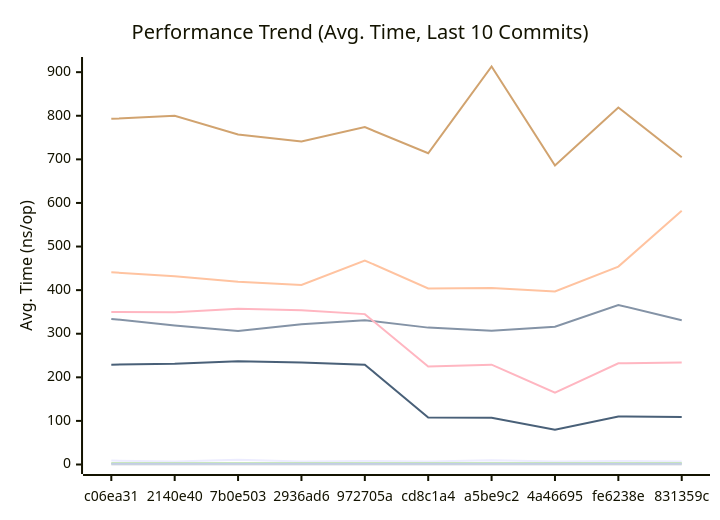
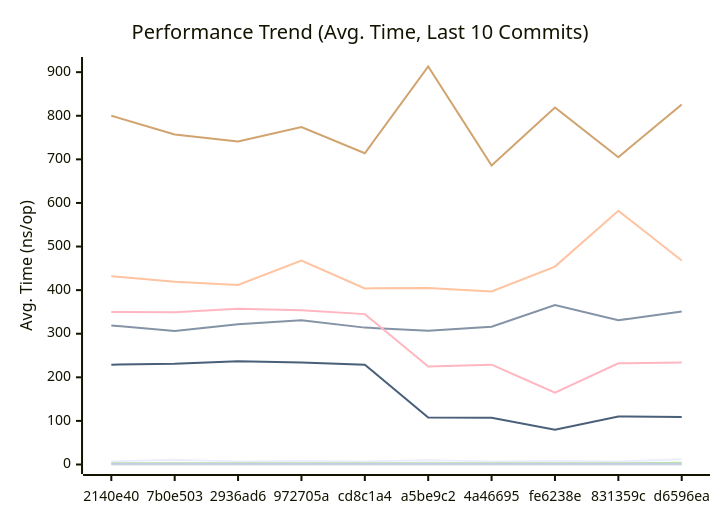
Before and after one commit to alsotoes/momo: the first of 3 diagrams in docs/PERFORMANCE.md, drawn with Mermaid. The commit also changed other lines of this file and 2 other files, not shown here.

````diff
--- a/docs/PERFORMANCE.md
+++ b/docs/PERFORMANCE.md
@@ -80,16 +80,16 @@
 ```mermaid
 xychart-beta
     title "Performance Trend (Avg. Time, Last 10 Commits)"
     x-axis "Commit"
     y-axis "Avg. Time (ns/op)"
-    x-axis [c06ea31,2140e40,7b0e503,2936ad6,972705a,cd8c1a4,a5be9c2,4a46695,fe6238e,831359c]
-    line "CheckMetricsAndSwap" [9,7,11,7,8,7,10,7,8,7]
-    line "CrushOptimized" [334,319,306,322,331,314,307,316,366,331]
-    line "CrushOriginal" [441,432,419,412,468,404,405,397,454,582]
+    x-axis [2140e40,7b0e503,2936ad6,972705a,cd8c1a4,a5be9c2,4a46695,fe6238e,831359c,d6596ea]
+    line "CheckMetricsAndSwap" [7,11,7,8,7,10,7,8,7,12]
+    line "CrushOptimized" [319,306,322,331,314,307,316,366,331,351]
+    line "CrushOriginal" [432,419,412,468,404,405,397,454,582,468]
     line "IndexDirectTracking" [0,0,0,0,0,0,0,0,0,0]
-    line "IndexSearch" [3,3,3,3,3,3,3,3,3,3]
-    line "LoadGlobalConfig" [793,800,757,741,774,714,913,686,819,705]
+    line "IndexSearch" [3,3,3,3,3,3,3,3,3,4]
+    line "LoadGlobalConfig" [800,757,741,774,714,913,686,819,705,826]
     line "PadString" [2,2,2,2,2,2,2,2,2,2]
     line "ParseReplicationOrder_NoPrealloc" [350,349,357,354,345,225,229,165,232,234]
     line "ParseReplicationOrder_Prealloc" [229,231,237,234,229,108,107,80,110,109]
 ```
````
